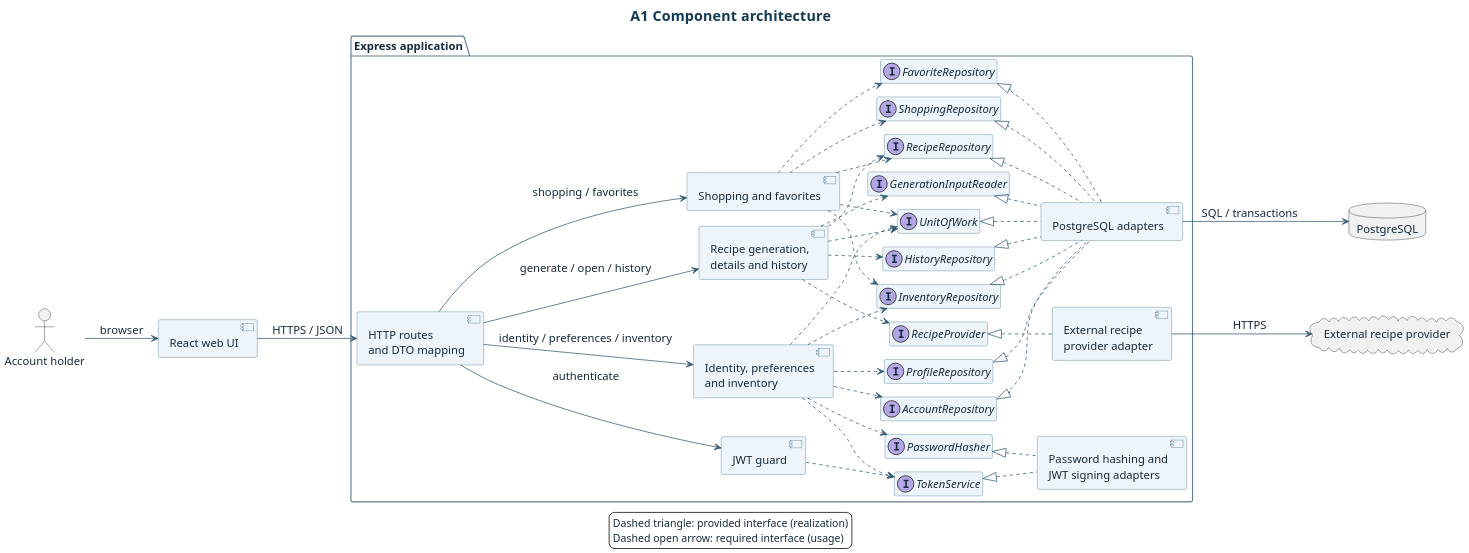
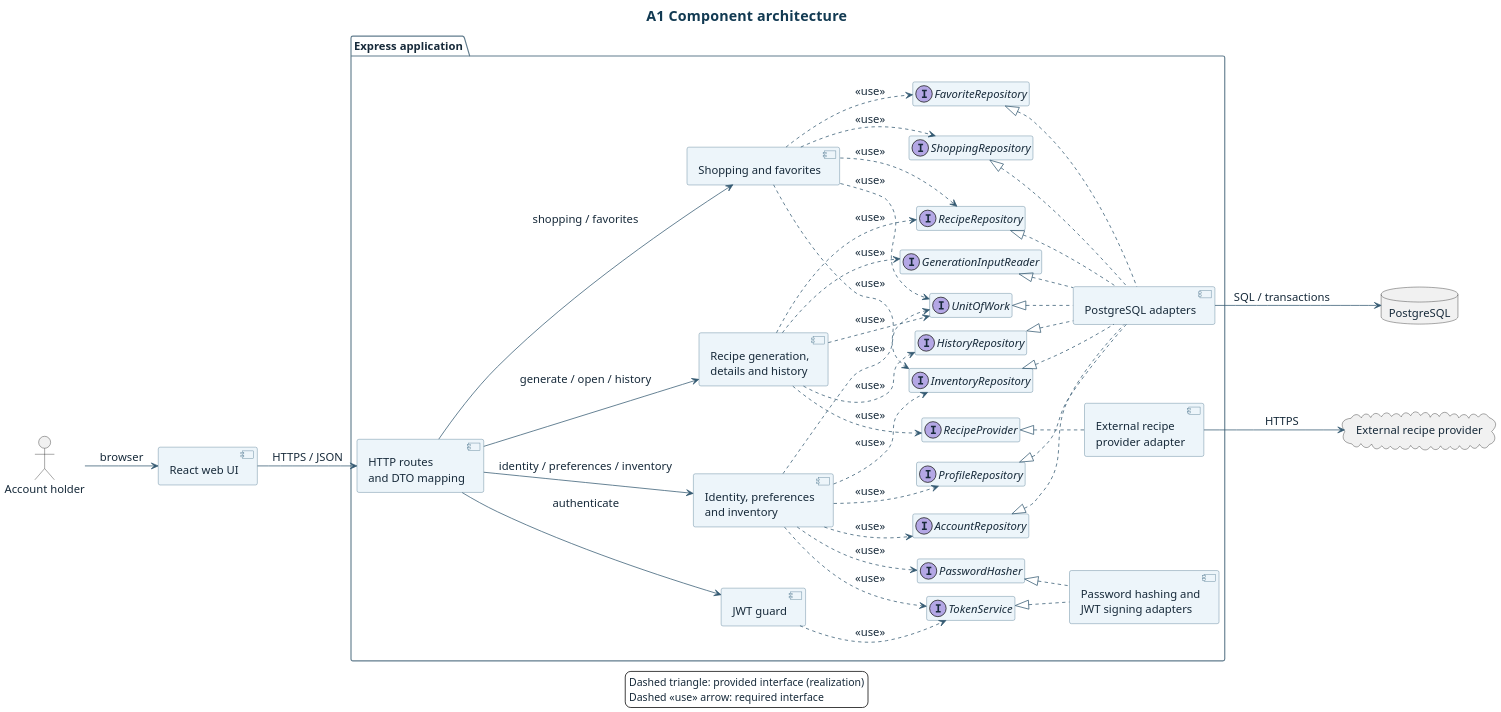
Before and after one commit to SarpCizer/CMPE331-Project: the diagram in docs/design/arch/component.puml, drawn with PlantUML. The commit also changed 1 other file, not shown here.

Commit message:
docs: mark required UML interfaces explicitly

```diff
--- a/docs/design/arch/component.puml
+++ b/docs/design/arch/component.puml
@@ -1,95 +1,95 @@
 @startuml
 title A1  Component architecture
 skinparam backgroundColor #FFFFFF
 skinparam defaultFontName Arial
 skinparam defaultFontColor #172A3A
 skinparam defaultFontSize 15
 skinparam ArrowColor #345A72
 skinparam Shadowing false
 skinparam dpi 150
 skinparam TitleFontColor #123A52
 skinparam TitleFontSize 19
 skinparam ClassBackgroundColor #EDF5FA
 skinparam ClassBorderColor #456F89
 skinparam ComponentBackgroundColor #EDF5FA
 skinparam ComponentBorderColor #456F89
 skinparam PackageBorderColor #456F89
 skinparam ParticipantBackgroundColor #E6F4F0
 skinparam ParticipantBorderColor #417364
 skinparam SequenceGroupBackgroundColor #EDF5FA
 skinparam SequenceGroupBorderColor #617C8D
 !pragma layout smetana
 allowmixing
 left to right direction
 hide empty members
 hide stereotype
 actor "Account holder" as User
 component "React web UI" as UI
 package "Express application" {
   component "HTTP routes\nand DTO mapping" as API
   component "JWT guard" as Guard
   component "Identity, preferences\nand inventory" as Core
   component "Recipe generation,\ndetails and history" as Recipes
   component "Shopping and favorites" as Lists
   component "PostgreSQL adapters" as Persistence
   component "Password hashing and\nJWT signing adapters" as Security
   component "External recipe\nprovider adapter" as Adapter
   interface AccountRepository {}
   interface ProfileRepository {}
   interface InventoryRepository {}
   interface RecipeRepository {}
   interface GenerationInputReader {}
   interface HistoryRepository {}
   interface ShoppingRepository {}
   interface FavoriteRepository {}
   interface PasswordHasher {}
   interface TokenService {}
   interface RecipeProvider {}
   interface UnitOfWork {}
 }
 database "PostgreSQL" as DB
 cloud "External recipe provider" as Provider
 User --> UI : browser
 UI --> API : HTTPS / JSON
 API --> Guard : authenticate
 API --> Core : identity / preferences / inventory
 API --> Recipes : generate / open / history
 API --> Lists : shopping / favorites
 Adapter --> Provider : HTTPS
 Persistence --> DB : SQL / transactions
 
 AccountRepository <|.. Persistence
 ProfileRepository <|.. Persistence
 InventoryRepository <|.. Persistence
 RecipeRepository <|.. Persistence
 GenerationInputReader <|.. Persistence
 HistoryRepository <|.. Persistence
 ShoppingRepository <|.. Persistence
 FavoriteRepository <|.. Persistence
 UnitOfWork <|.. Persistence
 PasswordHasher <|.. Security
 TokenService <|.. Security
 RecipeProvider <|.. Adapter
-Core ..> AccountRepository
-Core ..> ProfileRepository
-Core ..> InventoryRepository
-Core ..> UnitOfWork
-Core ..> PasswordHasher
-Core ..> TokenService
-Guard ..> TokenService
-Recipes ..> RecipeRepository
-Recipes ..> GenerationInputReader
-Recipes ..> HistoryRepository
-Recipes ..> UnitOfWork
-Recipes ..> RecipeProvider
-Lists ..> RecipeRepository
-Lists ..> InventoryRepository
-Lists ..> ShoppingRepository
-Lists ..> FavoriteRepository
-Lists ..> UnitOfWork
+Core ..> AccountRepository : <U+00AB>use<U+00BB>
+Core ..> ProfileRepository : <U+00AB>use<U+00BB>
+Core ..> InventoryRepository : <U+00AB>use<U+00BB>
+Core ..> UnitOfWork : <U+00AB>use<U+00BB>
+Core ..> PasswordHasher : <U+00AB>use<U+00BB>
+Core ..> TokenService : <U+00AB>use<U+00BB>
+Guard ..> TokenService : <U+00AB>use<U+00BB>
+Recipes ..> RecipeRepository : <U+00AB>use<U+00BB>
+Recipes ..> GenerationInputReader : <U+00AB>use<U+00BB>
+Recipes ..> HistoryRepository : <U+00AB>use<U+00BB>
+Recipes ..> UnitOfWork : <U+00AB>use<U+00BB>
+Recipes ..> RecipeProvider : <U+00AB>use<U+00BB>
+Lists ..> RecipeRepository : <U+00AB>use<U+00BB>
+Lists ..> InventoryRepository : <U+00AB>use<U+00BB>
+Lists ..> ShoppingRepository : <U+00AB>use<U+00BB>
+Lists ..> FavoriteRepository : <U+00AB>use<U+00BB>
+Lists ..> UnitOfWork : <U+00AB>use<U+00BB>
 
 legend bottom
   Dashed triangle: provided interface (realization)
-  Dashed open arrow: required interface (usage)
+  Dashed «use» arrow: required interface
 endlegend
 @enduml
```
